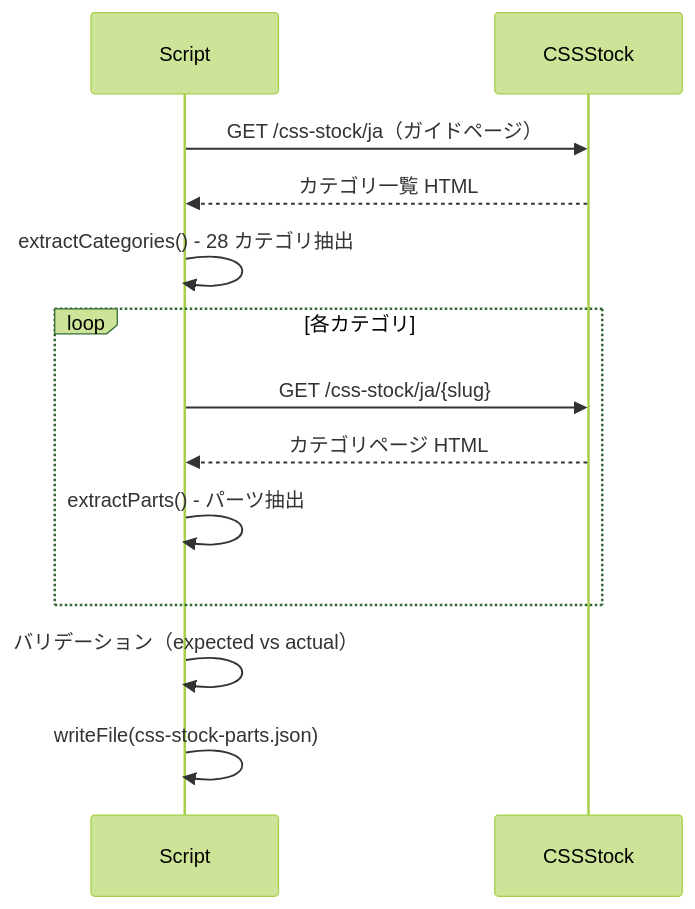
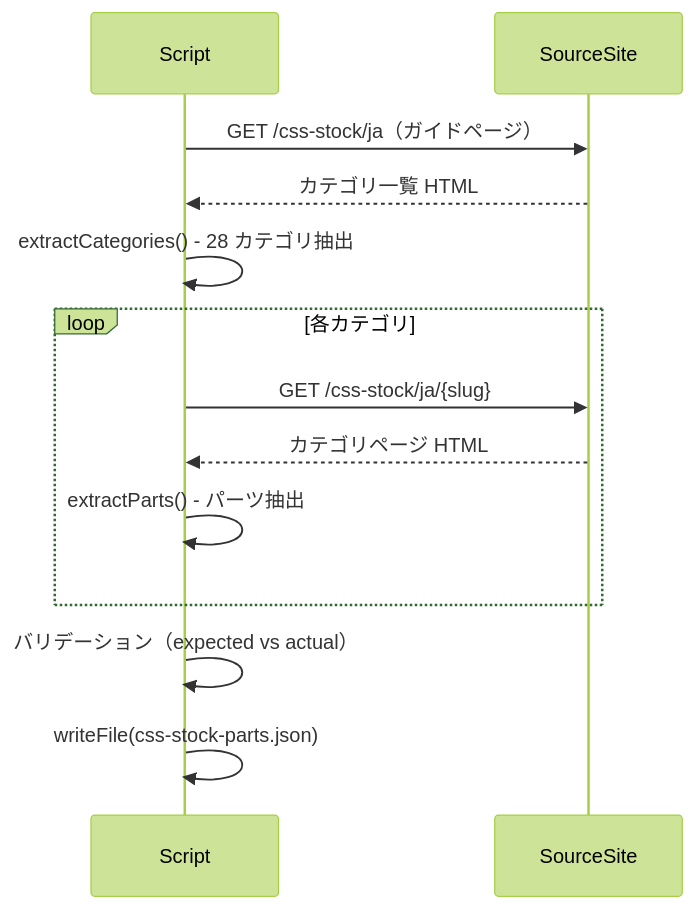
Before and after one commit to kouiso/design-inserter: the fourth of 7 diagrams in docs/detailed-design.md, drawn with Mermaid (forest theme). The commit also changed other lines of this file and 26 other files, not shown here.

First line of the commit message:
chore: ブランド名「CSS Stock」を全ファイルから削除し汎用表記に置換 (#74)

````diff
--- a/docs/detailed-design.md
+++ b/docs/detailed-design.md
@@ -221,18 +221,18 @@
 ```mermaid
 sequenceDiagram
     participant Script
-    participant CSSStock
+    participant SourceSite
 
-    Script->>CSSStock: GET /css-stock/ja（ガイドページ）
-    CSSStock-->>Script: カテゴリ一覧 HTML
+    Script->>SourceSite: GET /css-stock/ja（ガイドページ）
+    SourceSite-->>Script: カテゴリ一覧 HTML
     Script->>Script: extractCategories() - 28 カテゴリ抽出
 
     loop 各カテゴリ
-        Script->>CSSStock: GET /css-stock/ja/{slug}
-        CSSStock-->>Script: カテゴリページ HTML
+        Script->>SourceSite: GET /css-stock/ja/{slug}
+        SourceSite-->>Script: カテゴリページ HTML
         Script->>Script: extractParts() - パーツ抽出
     end
 
     Script->>Script: バリデーション（expected vs actual）
     Script->>Script: writeFile(css-stock-parts.json)
 ```
````
